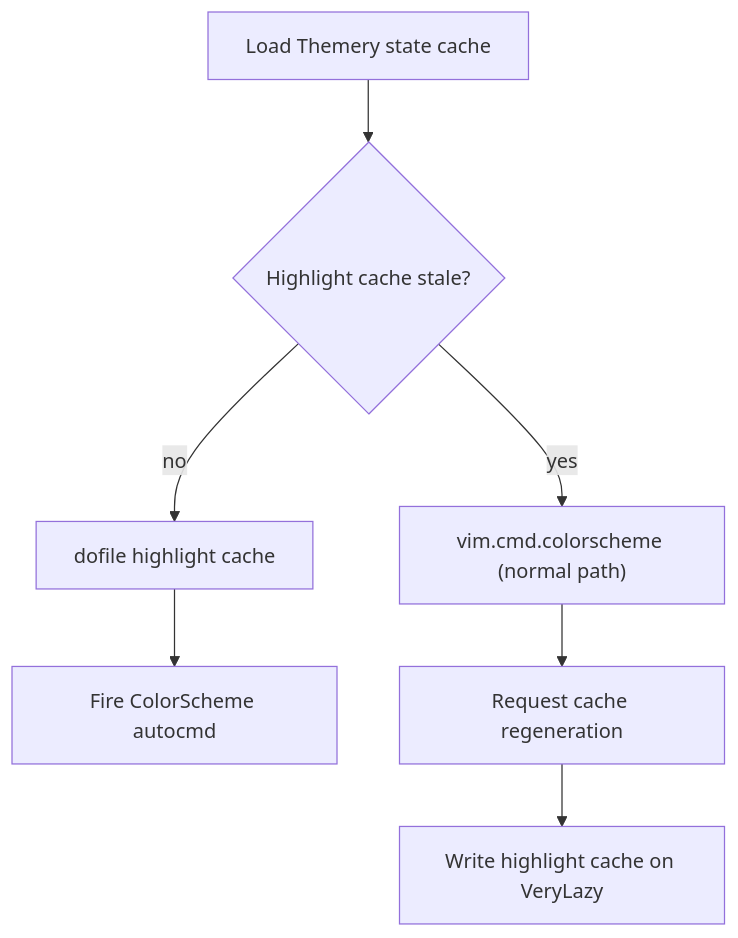
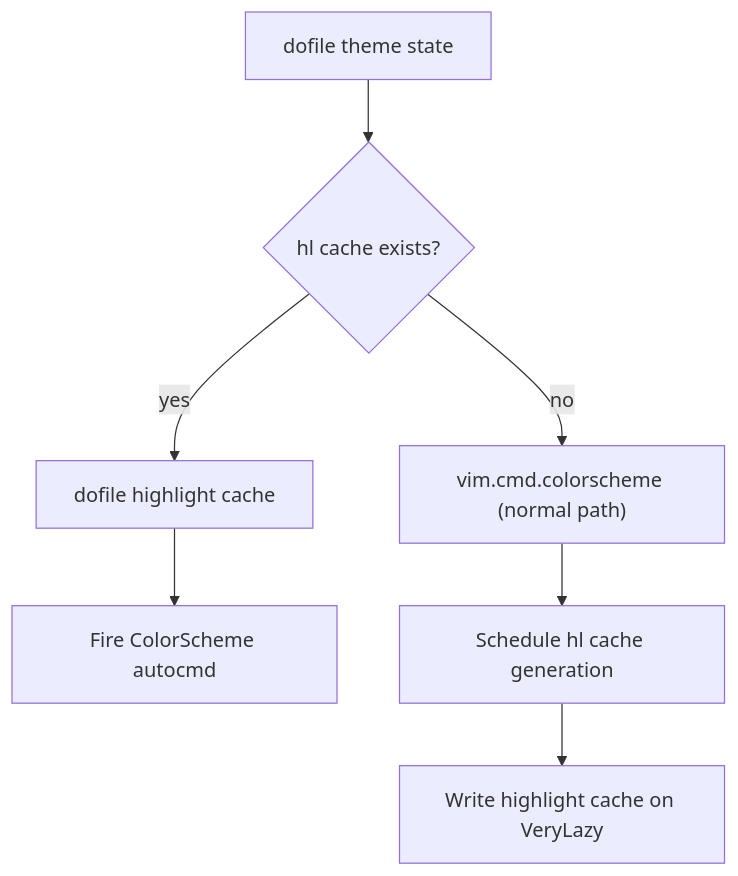
Before and after one commit to letientai299/nvim.conf: the diagram in docs/theme-cache.md, drawn with Mermaid. The commit also changed other lines of this file and 10 other files, not shown here.

First line of the commit message:
refactor: replace Themery with store-theme local plugin

````diff
--- a/docs/theme-cache.md
+++ b/docs/theme-cache.md
@@ -51,9 +50,9 @@
 ```mermaid
 flowchart TD
-  A["Load Themery state cache"] --> B{"Highlight cache stale?"}
-  B -- no --> C["dofile highlight cache"]
+  A["dofile theme state"] --> B{"hl cache exists?"}
+  B -- yes --> C["dofile highlight cache"]
   C --> D["Fire ColorScheme autocmd"]
-  B -- yes --> E["vim.cmd.colorscheme (normal path)"]
-  E --> F["Request cache regeneration"]
+  B -- no --> E["vim.cmd.colorscheme (normal path)"]
+  E --> F["Schedule hl cache generation"]
   F --> G["Write highlight cache on VeryLazy"]
 ```
````
